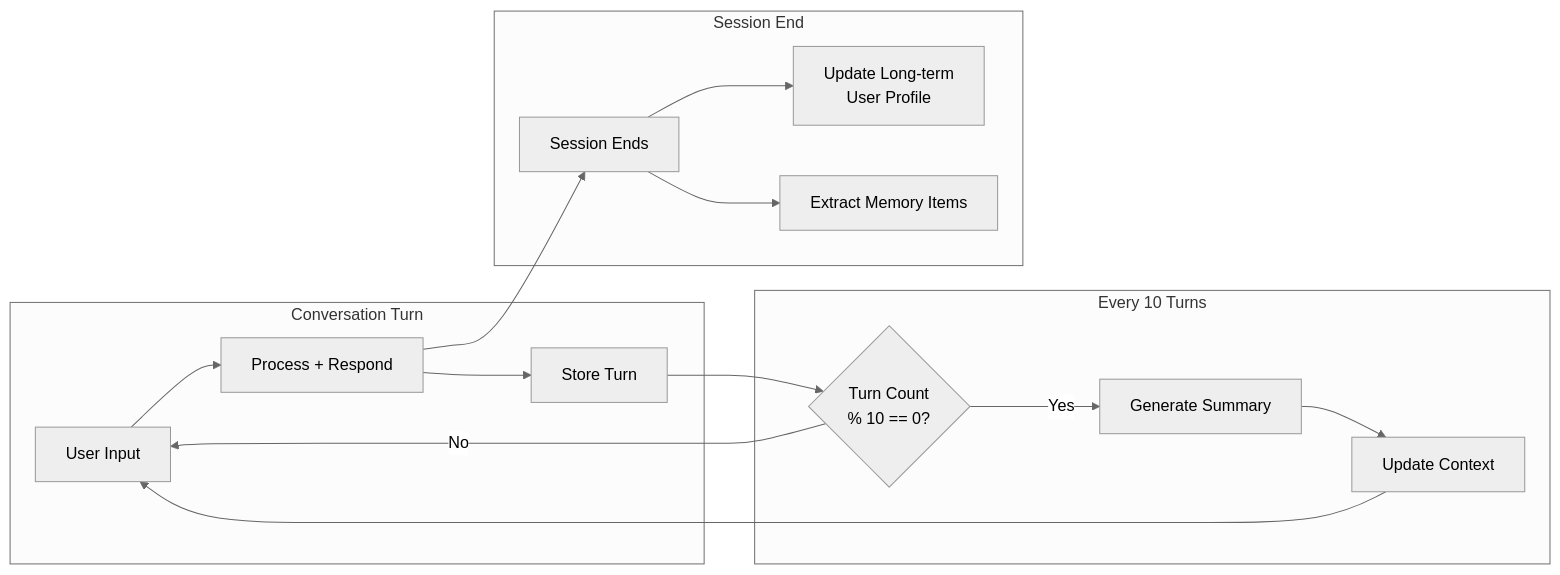
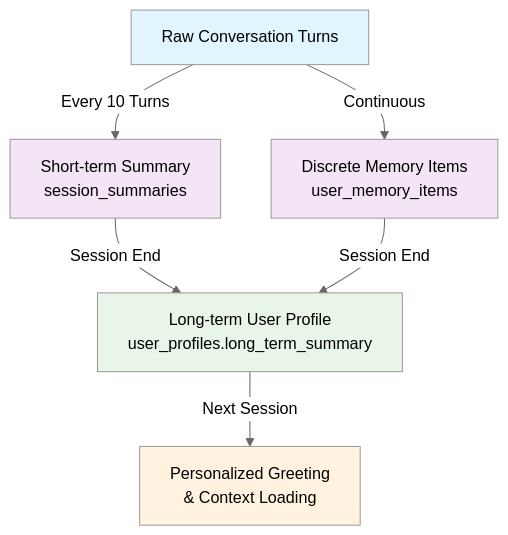
Before and after one commit to LSG-hub/Project-001: the third of 8 diagrams in README.md, drawn with Mermaid (neutral theme). The commit also changed other lines of this file, not shown here.

````diff
--- a/README.md
+++ b/README.md
@@ -120,32 +204,14 @@
 ```mermaid
-graph LR
-    subgraph "Conversation Turn"
-        Input[User Input]
-        Process[Process + Respond]
-        Store[Store Turn]
-    end
+graph TD
+    A[Raw Conversation Turns] -->|Every 10 Turns| B[Short-term Summary<br/>session_summaries]
+    A -->|Continuous| C[Discrete Memory Items<br/>user_memory_items]
+    B -->|Session End| D[Long-term User Profile<br/>user_profiles.long_term_summary]
+    C -->|Session End| D
+    D -->|Next Session| E[Personalized Greeting<br/>& Context Loading]
     
-    subgraph "Every 10 Turns"
-        Check{Turn Count<br/>% 10 == 0?}
-        Summarize[Generate Summary]
-        UpdateContext[Update Context]
-    end
-    
-    subgraph "Session End"
-        SessionEnd[Session Ends]
-        LongTermSummary[Update Long-term<br/>User Profile]
-        ExtractMemory[Extract Memory Items]
-    end
-    
-    Input --> Process
-    Process --> Store
-    Store --> Check
-    Check -->|Yes| Summarize
-    Check -->|No| Input
-    Summarize --> UpdateContext
-    UpdateContext --> Input
-    
-    Process --> SessionEnd
-    SessionEnd --> LongTermSummary
-    SessionEnd --> ExtractMemory
+    style A fill:#e1f5fe
+    style B fill:#f3e5f5
+    style C fill:#f3e5f5
+    style D fill:#e8f5e8
+    style E fill:#fff3e0
 ```
````
